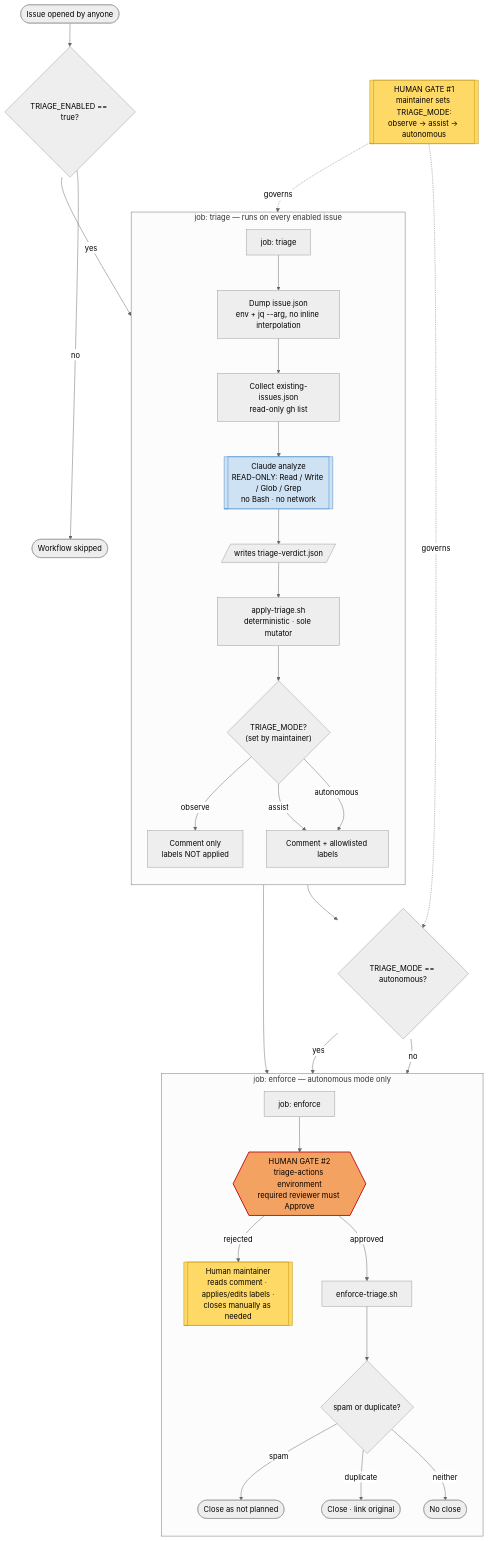
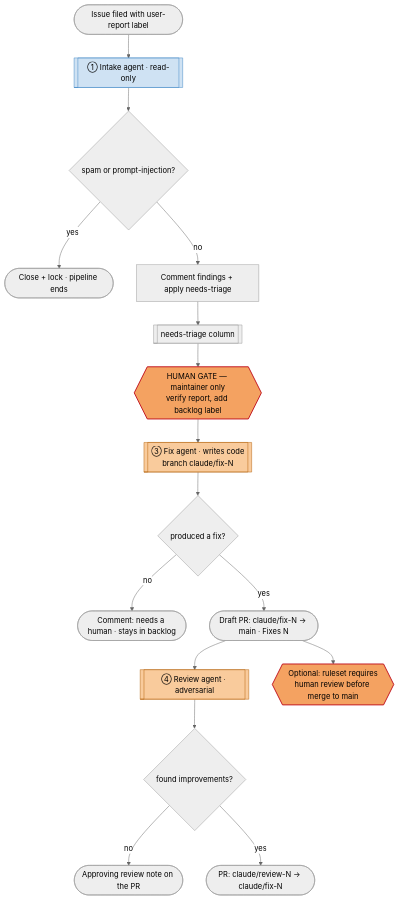
Before and after one commit to KyleMit/Splotch: the diagram in .github/claude/WORKFLOW.md, drawn with Mermaid (neutral theme). The commit also changed other lines of this file and 15 other files, not shown here.

First line of the commit message:
Restructure triage into a 4-stage label-driven agent pipeline

````diff
--- a/.github/claude/WORKFLOW.md
+++ b/.github/claude/WORKFLOW.md
@@ -9,45 +9,28 @@
 ```mermaid
 flowchart TD
-    A([Issue opened by anyone]) --> B{TRIAGE_ENABLED == true?}
-    B -- no --> Z([Workflow skipped])
-    B -- yes --> C[job: triage]
+    A([Issue filed with user-report label]) --> B[["① Intake agent · read-only"]]
+    B --> C{spam or prompt-injection?}
+    C -- yes --> D([Close + lock · pipeline ends])
+    C -- no --> E[Comment findings + apply needs-triage] --> F[[needs-triage column]]
 
-    subgraph TRIAGE["job: triage — runs on every enabled issue"]
-        direction TB
-        C --> D["Dump issue.json<br/>env + jq --arg, no inline interpolation"]
-        D --> E["Collect existing-issues.json<br/>read-only gh list"]
-        E --> F[["Claude analyze<br/>READ-ONLY: Read / Write / Glob / Grep<br/>no Bash · no network"]]
-        F --> G[/"writes triage-verdict.json"/]
-        G --> H["apply-triage.sh<br/>deterministic · sole mutator"]
-        H --> I{"TRIAGE_MODE?<br/>(set by maintainer)"}
-        I -- observe --> J["Comment only<br/>labels NOT applied"]
-        I -- assist --> K["Comment + allowlisted labels"]
-        I -- autonomous --> K
-    end
+    F --> GATE{{"HUMAN GATE — maintainer only<br/>verify report, add backlog label"}}
 
-    J --> HUMAN
-    K --> L{TRIAGE_MODE == autonomous?}
-    L -- no --> HUMAN[["Human maintainer<br/>reads comment · applies/edits labels ·<br/>closes manually as needed"]]
-    L -- yes --> M[job: enforce]
+    GATE --> H[["③ Fix agent · writes code<br/>branch claude/fix-N"]]
+    H --> I{produced a fix?}
+    I -- no --> J([Comment: needs a human · stays in backlog])
+    I -- yes --> K([Draft PR: claude/fix-N → main · Fixes N])
 
-    subgraph ENFORCE["job: enforce — autonomous mode only"]
-        direction TB
-        M --> GATE{{"HUMAN GATE #2<br/>triage-actions environment<br/>required reviewer must Approve"}}
-        GATE -- rejected --> HUMAN
-        GATE -- approved --> N[enforce-triage.sh]
-        N --> O{spam or duplicate?}
-        O -- spam --> P([Close as not planned])
-        O -- duplicate --> Q([Close · link original])
-        O -- neither --> R([No close])
-    end
+    K --> L[["④ Review agent · adversarial"]]
+    L --> M{found improvements?}
+    M -- no --> N([Approving review note on the PR])
+    M -- yes --> O([PR: claude/review-N → claude/fix-N])
 
-    MODE[["HUMAN GATE #1<br/>maintainer sets TRIAGE_MODE:<br/>observe → assist → autonomous"]] -. governs .-> I
-    MODE -. governs .-> L
+    K --> P{{"Optional: ruleset requires<br/>human review before merge to main"}}
 
-    classDef human fill:#ffd966,stroke:#bf9000,color:#000;
+    classDef low fill:#cfe2f3,stroke:#3d85c6,color:#000;
+    classDef high fill:#f9cb9c,stroke:#b45f06,color:#000;
     classDef gate fill:#f4a261,stroke:#c1121f,color:#000,stroke-width:2px;
-    classDef llm fill:#cfe2f3,stroke:#3d85c6,color:#000;
-    class HUMAN,MODE human;
-    class GATE gate;
-    class F llm;
+    class B low;
+    class H,L high;
+    class GATE,P gate;
 ```
````
